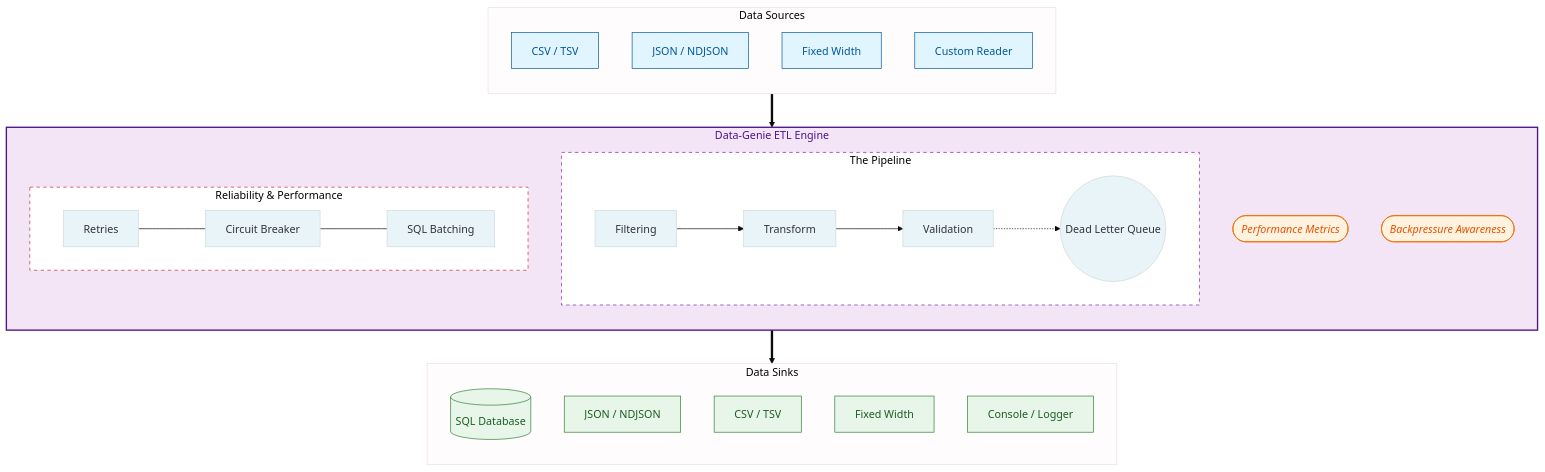
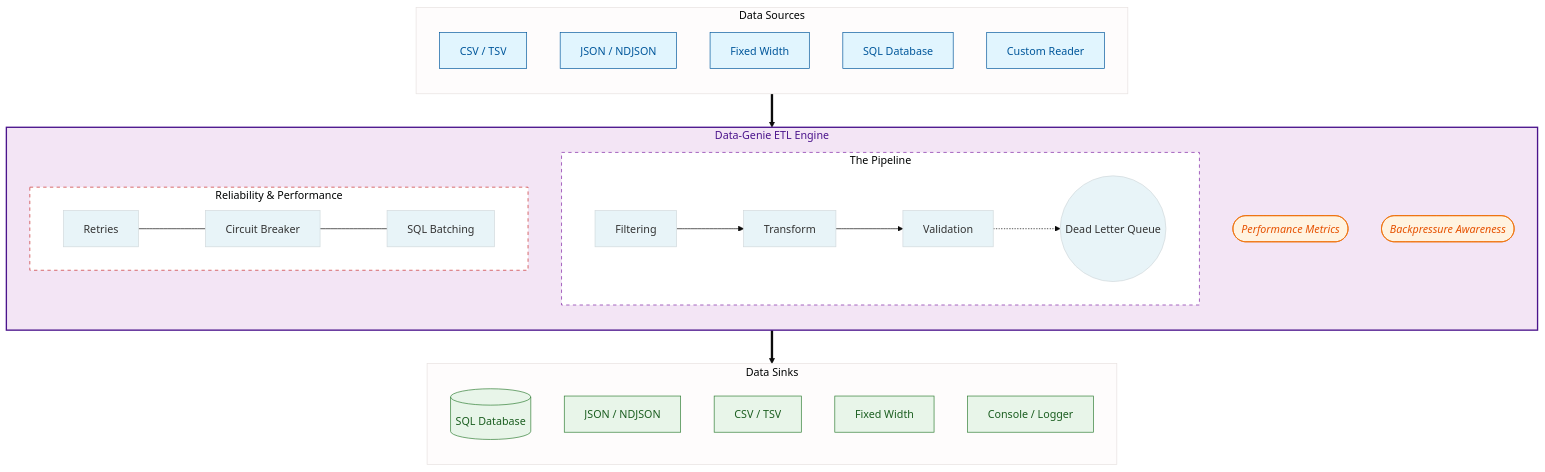
The diagram in README.md (pujansrt/data-genie), drawn with Mermaid before and after one commit. The commit also changed other lines of this file and 3 other files, not shown here.

````diff
--- a/README.md
+++ b/README.md
@@ -4,61 +4,62 @@
 ```mermaid
 %%{init: { 'theme': 'base', 'themeVariables': { 'primaryColor': '#E8F4F8', 'actorBkg': '#D2E4F9', 'edgeLabelBackground':'#ffffff', 'noteBkgColor': '#FDF2D4', 'noteBorderColor': '#F1C40F'}}}%%
 
 graph TD
     %% Data Sources
     subgraph Inputs [Data Sources]
         direction TB
         I1[CSV / TSV]
         I2[JSON / NDJSON]
         I3[Fixed Width]
-        I4[Custom Reader]
+        I4[SQL Database]
+        I5[Custom Reader]
     end
 
     %% The Engine Core
     subgraph Core [Data-Genie ETL Engine]
         direction TB
         
         subgraph Pipeline [The Pipeline]
             direction LR
             F[Filtering] --> T[Transform]
             T --> V[Validation]
             V -.-> DLQ((Dead Letter Queue))
         end
 
         subgraph Reliability [Reliability & Performance]
             direction LR
             R[Retries] --- C[Circuit Breaker]
             C --- B[SQL Batching]
         end
 
         Metrics([Performance Metrics])
         BP([Backpressure Awareness])
     end
 
     %% Data Sinks
     subgraph Outputs [Data Sinks]
         direction TB
         O1[(SQL Database)]
         O2[JSON / NDJSON]
         O3[CSV / TSV]
         O4[Fixed Width]
         O5[Console / Logger]
     end
 
     %% Main Flow
     Inputs ==> Core
     Core ==> Outputs
 
     %% Color Theme & Styling
     style Core fill:#f3e5f5,stroke:#4a148c,stroke-width:2px,color:#4a148c
     style Pipeline fill:#ffffff,stroke:#7b1fa2,stroke-dasharray: 5 5
     style Reliability fill:#ffffff,stroke:#c62828,stroke-dasharray: 5 5
     
     classDef source fill:#e1f5fe,stroke:#01579b,color:#01579b
     classDef sink fill:#e8f5e9,stroke:#2e7d32,color:#1b5e20
     classDef feature fill:#fff3e0,stroke:#ef6c00,color:#e65100,font-style:italic
     
-    class I1,I2,I3,I4 source
+    class I1,I2,I3,I4,I5 source
     class O1,O2,O3,O4,O5 sink
     class Metrics,BP feature
 ```
````
